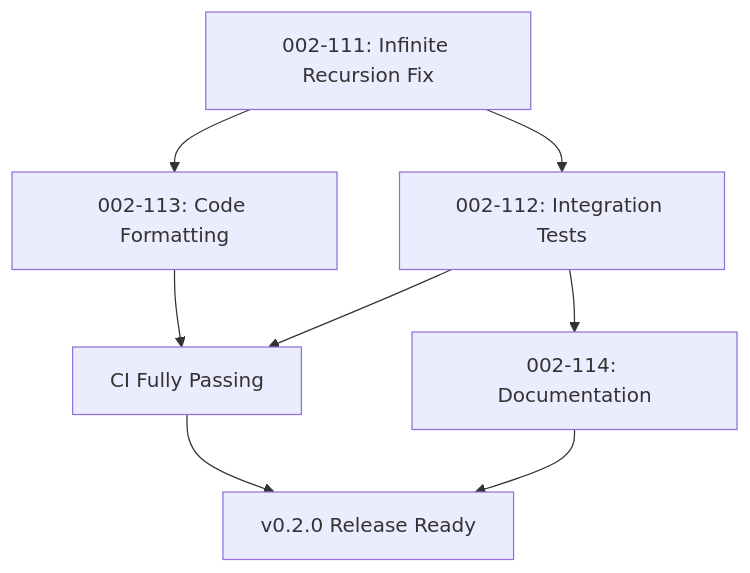
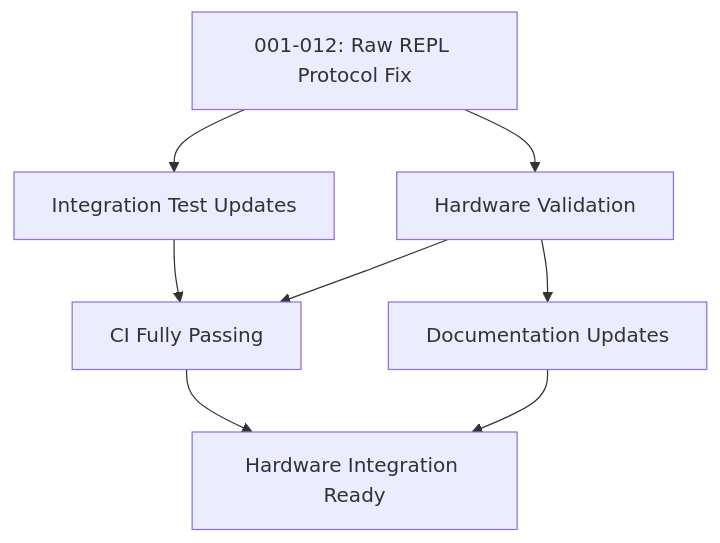
Before and after one commit to belay-dotnet/Belay.NET: the diagram in plan/critical-issues-priority-plan.md, drawn with Mermaid. The commit also changed other lines of this file and 44 other files, not shown here.

````diff
--- a/plan/critical-issues-priority-plan.md
+++ b/plan/critical-issues-priority-plan.md
@@ -74,10 +77,10 @@
 ```mermaid
 graph TD
-    A[002-111: Infinite Recursion Fix] --> B[002-113: Code Formatting]
-    A --> C[002-112: Integration Tests]
-    C --> D[002-114: Documentation]
-    B --> E[CI Fully Passing]
-    C --> E
-    E --> F[v0.2.0 Release Ready]
+    A[001-012: Raw REPL Protocol Fix] --> B[Hardware Validation]
+    A --> C[Integration Test Updates]
+    B --> D[Documentation Updates]
+    C --> E[CI Fully Passing]
+    B --> E
+    E --> F[Hardware Integration Ready]
     D --> F
 ```
````
